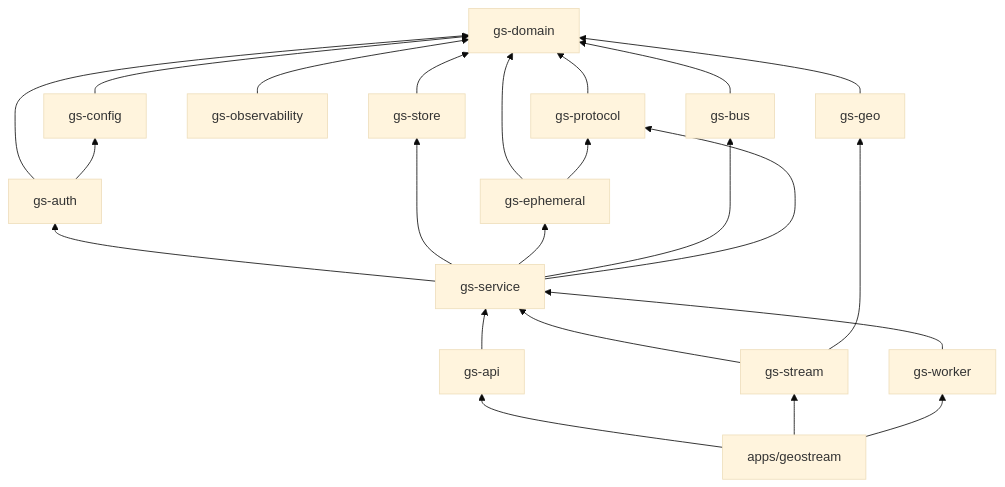
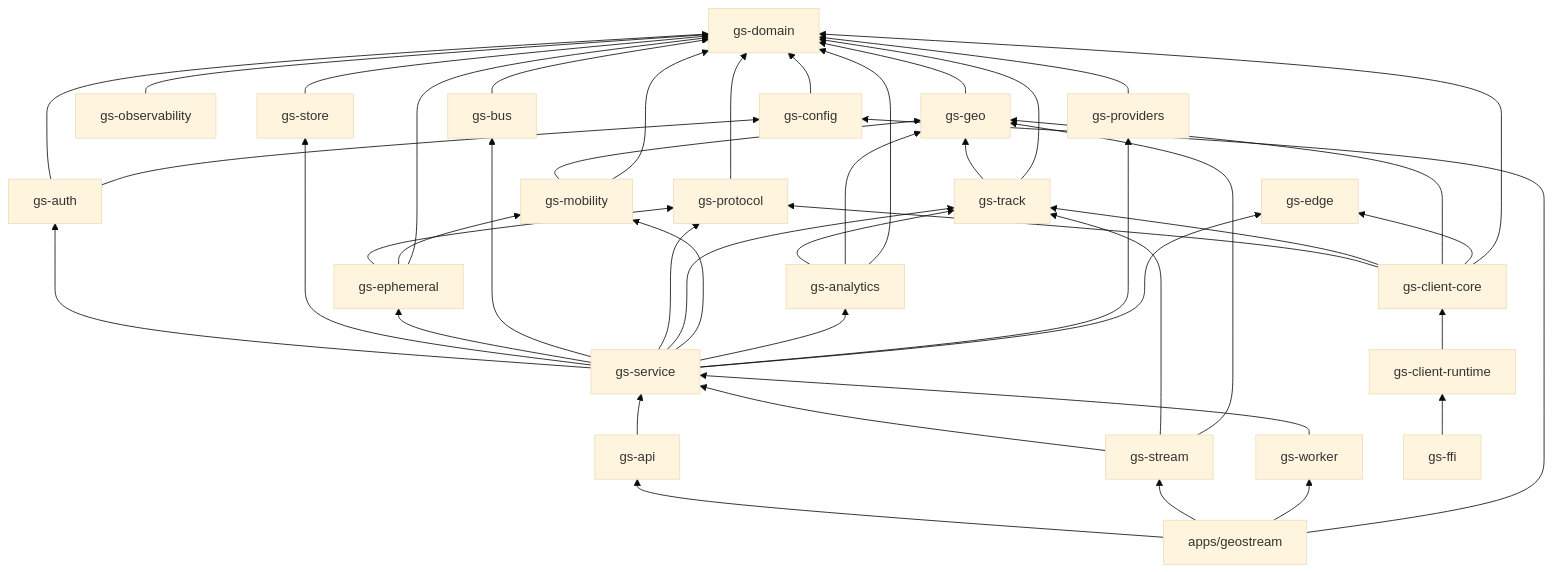
Before and after one commit to angelnereira/GeoStream: the third of 9 diagrams in docs/04_ARCHITECTURE.md, drawn with Mermaid (base theme). The commit also changed other lines of this file and 17 other files, not shown here.

````diff
--- a/docs/04_ARCHITECTURE.md
+++ b/docs/04_ARCHITECTURE.md
@@ -133,26 +152,50 @@
 ```mermaid
 flowchart BT
   domain[gs-domain]
   protocol[gs-protocol] --> domain
   config[gs-config] --> domain
   obs[gs-observability] --> domain
   auth[gs-auth] --> domain
   auth --> config
   store[gs-store] --> domain
-  eph[gs-ephemeral] --> domain
-  eph --> protocol
   bus[gs-bus] --> domain
+  geo[gs-geo] --> domain
+  track[gs-track] --> geo
+  track --> domain
+  mobility[gs-mobility] --> geo
+  mobility --> domain
+  analytics[gs-analytics] --> track
+  analytics --> geo
+  analytics --> domain
+  providers[gs-providers] --> domain
+  edge[gs-edge]
+  eph[gs-ephemeral] --> protocol
+  eph --> mobility
+  eph --> domain
   service[gs-service] --> auth
   service --> store
   service --> eph
   service --> bus
   service --> protocol
+  service --> track
+  service --> mobility
+  service --> analytics
+  service --> providers
+  service --> edge
   api[gs-api] --> service
   stream[gs-stream] --> service
+  stream --> track
+  stream --> geo
   worker[gs-worker] --> service
-  geo[gs-geo] --> domain
-  stream --> geo
+  client[gs-client-core] --> protocol
+  client --> track
+  client --> geo
+  client --> edge
+  client --> domain
+  runtime[gs-client-runtime] --> client
+  ffi[gs-ffi] --> runtime
   app[apps/geostream] --> api
   app --> stream
   app --> worker
+  app --> config
 ```
````
